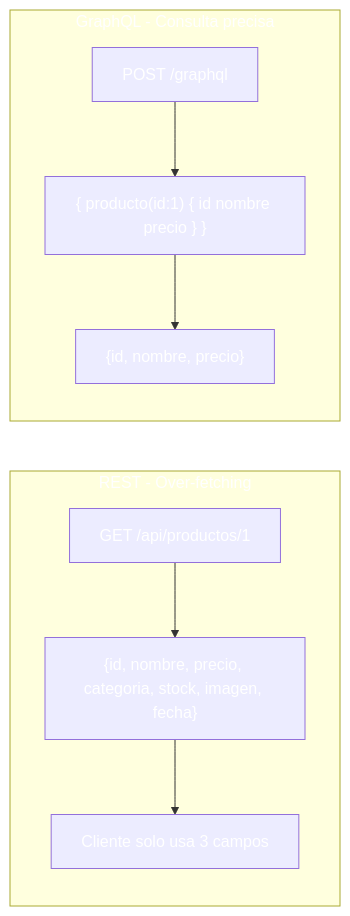
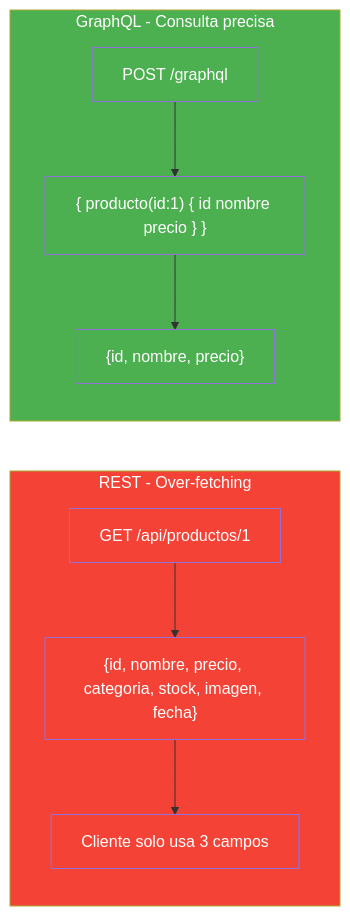
One commit to joseluisgs/DesarrolloWebEntornosServidor-02-2026-2027 changed the first of 10 diagrams in 19-graphql.md. Above: the diagram before and after it, drawn with Mermaid. The commit also changed other lines of this file and 29 other files, not shown here.

Commit message:
docs: corregir estilos Mermaid y estilo, quitar referencias a la Tienda y reestructurar los retos 13 y 15

````diff
--- a/19-graphql.md
+++ b/19-graphql.md
@@ -68,21 +68,21 @@
 ```mermaid
 graph LR
     subgraph REST["REST - Over-fetching"]
         R1["GET /api/productos/1"] --> R2["{id, nombre, precio, categoria, stock, imagen, fecha}"]
         R2 --> R3["Cliente solo usa 3 campos"]
     end
 
     subgraph GQL["GraphQL - Consulta precisa"]
         G1["POST /graphql"] --> G2["{ producto(id:1) { id nombre precio } }"]
         G2 --> G3["{id, nombre, precio}"]
     end
 
-    style REST fill:#f4433,color:#fff6,color:#fff
-    style GQL fill:#4CAF5,color:#fff0,color:#fff
-    style R1 fill:#f4433,color:#fff6,color:#fff
-    style R2 fill:#f4433,color:#fff6,color:#fff
-    style R3 fill:#f4433,color:#fff6,color:#fff
-    style G1 fill:#4CAF5,color:#fff0,color:#fff
-    style G2 fill:#4CAF5,color:#fff0,color:#fff
-    style G3 fill:#4CAF5,color:#fff0,color:#fff
+    style REST fill:#f44336,color:#fff
+    style GQL fill:#4CAF50,color:#fff
+    style R1 fill:#f44336,color:#fff
+    style R2 fill:#f44336,color:#fff
+    style R3 fill:#f44336,color:#fff
+    style G1 fill:#4CAF50,color:#fff
+    style G2 fill:#4CAF50,color:#fff
+    style G3 fill:#4CAF50,color:#fff
 ```
````
